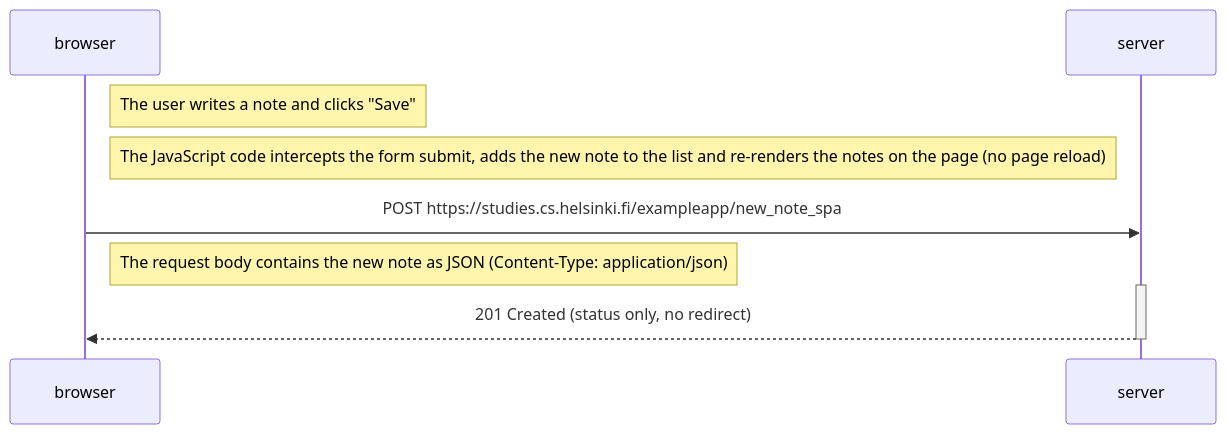
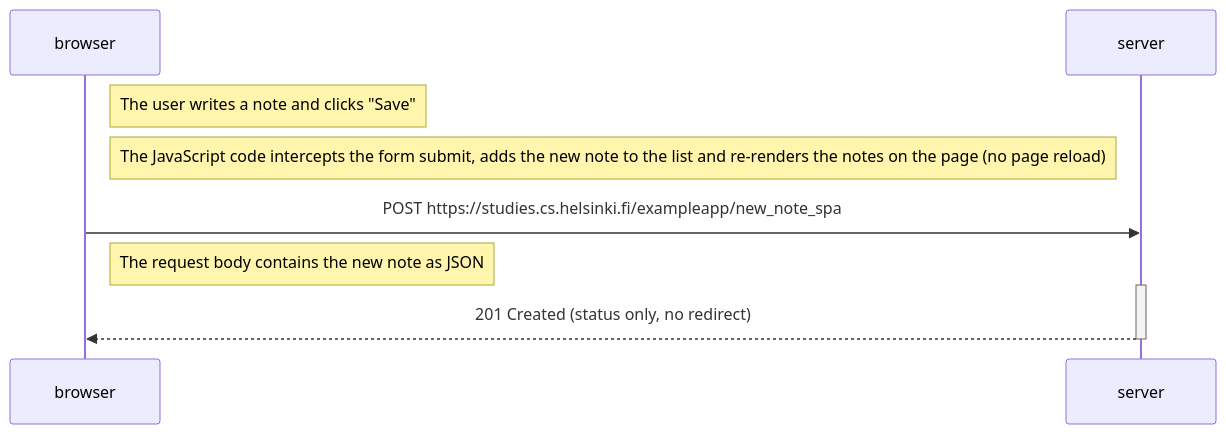
Before and after one commit to MatteoRossato/FullStackOpen_0.6: the diagram in Sol_0.6.md, drawn with Mermaid.

````diff
--- a/Sol_0.6.md
+++ b/Sol_0.6.md
@@ -1,15 +1,15 @@
 ```mermaid
 sequenceDiagram
     participant browser
     participant server
 
     Note right of browser: The user writes a note and clicks "Save"
 
     Note right of browser: The JavaScript code intercepts the form submit, adds the new note to the list and re-renders the notes on the page (no page reload)
 
     browser->>server: POST https://studies.cs.helsinki.fi/exampleapp/new_note_spa
-    Note right of browser: The request body contains the new note as JSON (Content-Type: application/json)
+    Note right of browser: The request body contains the new note as JSON
     activate server
     server-->>browser: 201 Created (status only, no redirect)
     deactivate server
 ```
````
